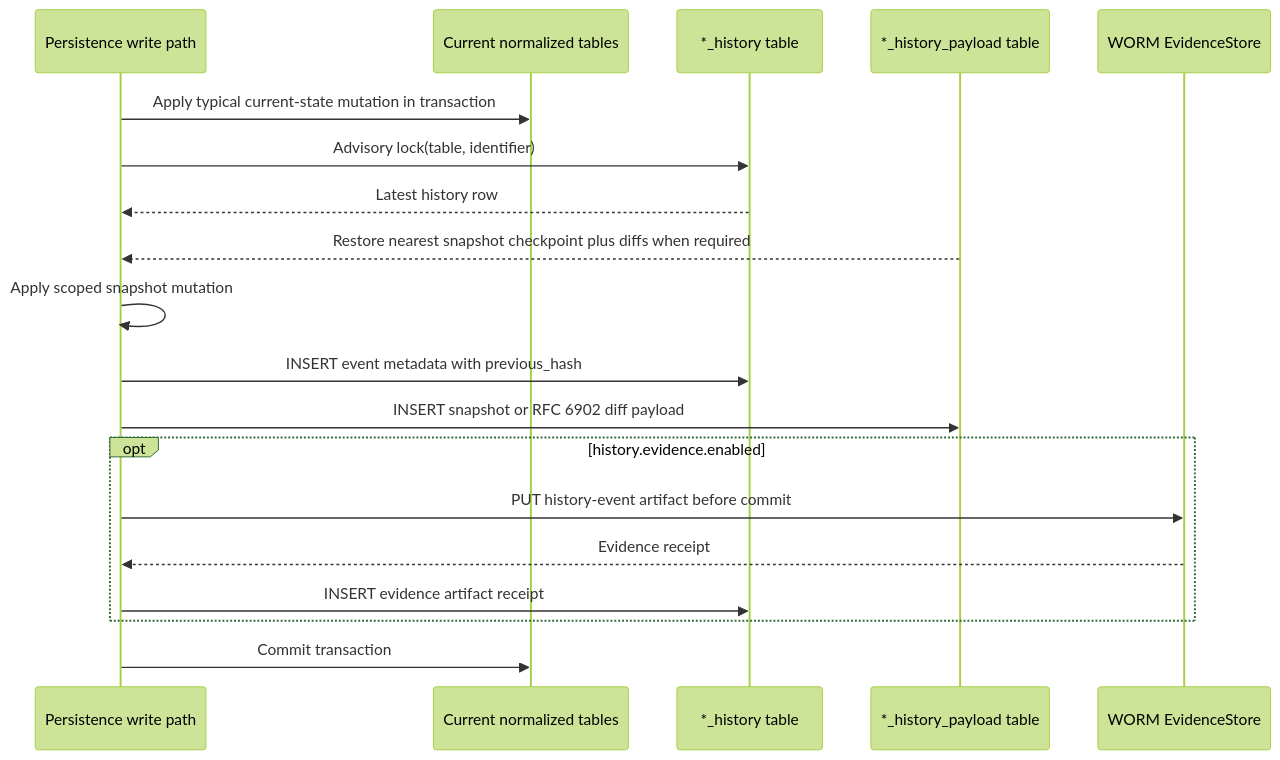
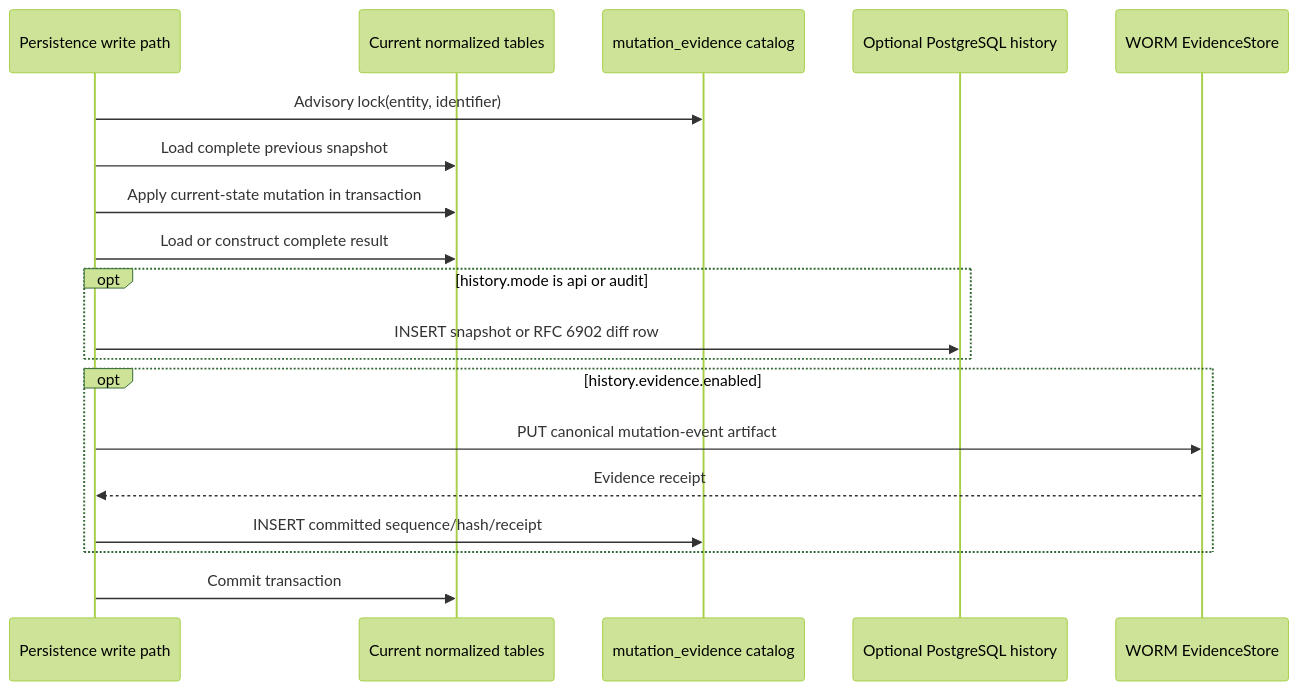
The first of 3 diagrams in docu/developer/aas_v3_2_runtime.md (eclipse-basyx/basyx-go-components), drawn with Mermaid (forest theme) before and after one commit. The commit also changed other lines of this file and 76 other files, not shown here.

First line of the commit message:
Add history-independent WORM evidence and deduplicated binary storage (#502)

````diff
--- a/docu/developer/aas_v3_2_runtime.md
+++ b/docu/developer/aas_v3_2_runtime.md
@@ -121,21 +121,21 @@
 ```mermaid
 sequenceDiagram
     participant API as Persistence write path
     participant Live as Current normalized tables
-    participant Metadata as *_history table
-    participant Payload as *_history_payload table
+    participant Catalog as mutation_evidence catalog
+    participant History as Optional PostgreSQL history
     participant Evidence as WORM EvidenceStore
-    API->>Live: Apply typical current-state mutation in transaction
-    API->>Metadata: Advisory lock(table, identifier)
-    Metadata-->>API: Latest history row
-    Payload-->>API: Restore nearest snapshot checkpoint plus diffs when required
-    API->>API: Apply scoped snapshot mutation
-    API->>Metadata: INSERT event metadata with previous_hash
-    API->>Payload: INSERT snapshot or RFC 6902 diff payload
+    API->>Catalog: Advisory lock(entity, identifier)
+    API->>Live: Load complete previous snapshot
+    API->>Live: Apply current-state mutation in transaction
+    API->>Live: Load or construct complete result
+    opt history.mode is api or audit
+        API->>History: INSERT snapshot or RFC 6902 diff row
+    end
     opt history.evidence.enabled
-        API->>Evidence: PUT history-event artifact before commit
+        API->>Evidence: PUT canonical mutation-event artifact
         Evidence-->>API: Evidence receipt
-        API->>Metadata: INSERT evidence artifact receipt
+        API->>Catalog: INSERT committed sequence/hash/receipt
     end
     API->>Live: Commit transaction
 ```
````
